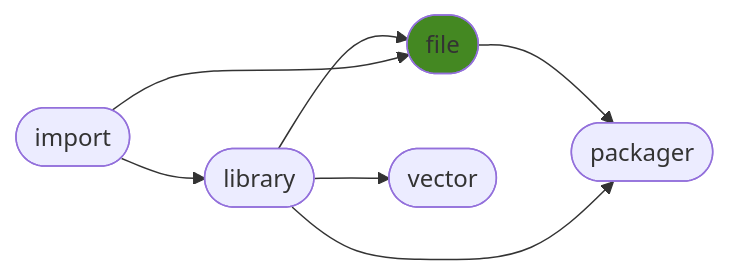
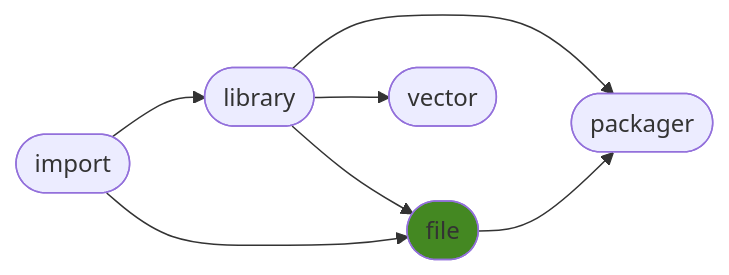
One commit to ManderaGeneral/generalfile changed the diagram in README.md. Above: the diagram before and after it, drawn with Mermaid. The commit also changed other lines of this file, not shown here.

````diff
--- a/README.md
+++ b/README.md
@@ -24,15 +24,15 @@
 ```mermaid
 flowchart LR
-2([file]) --> 4([packager])
-1([library]) --> 2([file])
+1([library]) --> 4([packager])
 0([import]) --> 1([library])
 1([library]) --> 3([vector])
-1([library]) --> 4([packager])
+1([library]) --> 2([file])
+2([file]) --> 4([packager])
 0([import]) --> 2([file])
 click 0 "https://github.com/ManderaGeneral/generalimport"
 click 1 "https://github.com/ManderaGeneral/generallibrary"
 click 2 "https://github.com/ManderaGeneral/generalfile"
 click 3 "https://github.com/ManderaGeneral/generalvector"
 click 4 "https://github.com/ManderaGeneral/generalpackager"
 style 2 fill:#482
 ```
````
